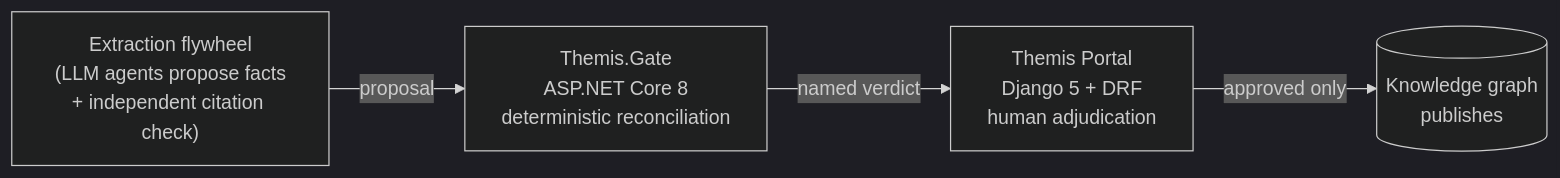
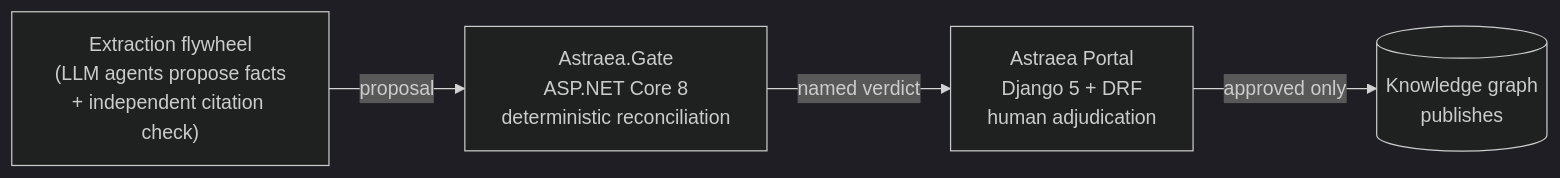
Before and after one commit to bpachter/astraea: the diagram in README.md, drawn with Mermaid (dark theme). The commit also changed other lines of this file and 28 other files, not shown here.

Commit message:
Rename Themis to Astraea: repo, solution, namespaces, services, branding

````diff
--- a/README.md
+++ b/README.md
@@ -11,10 +11,10 @@
 ```mermaid
 flowchart LR
     A["Extraction flywheel\n(LLM agents propose facts\n+ independent citation check)"]
-    B["Themis.Gate\nASP.NET Core 8\ndeterministic reconciliation"]
-    C["Themis Portal\nDjango 5 + DRF\nhuman adjudication"]
+    B["Astraea.Gate\nASP.NET Core 8\ndeterministic reconciliation"]
+    C["Astraea Portal\nDjango 5 + DRF\nhuman adjudication"]
     D[("Knowledge graph\npublishes")]
     A -->|proposal| B
     B -->|named verdict| C
     C -->|approved only| D
 ```
````
